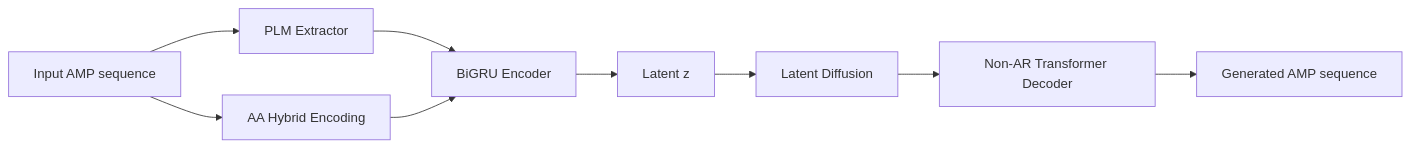
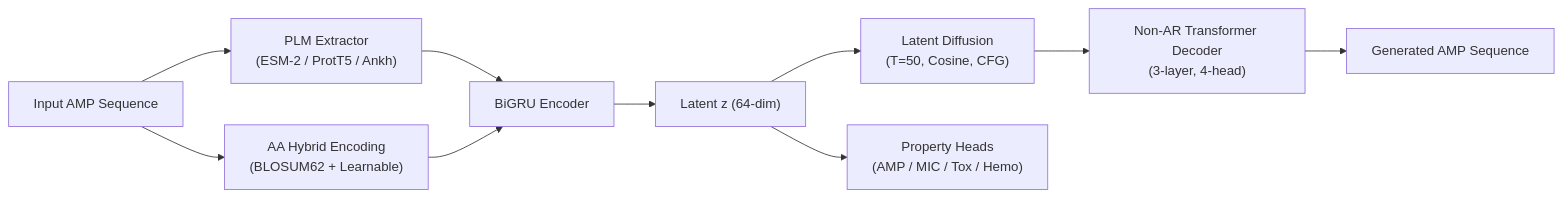
One commit to unumbrela/AMP-Forge changed the diagram in README.md. Above: the diagram before and after it, drawn with Mermaid. The commit also changed other lines of this file and 2 other files, not shown here.

````diff
--- a/README.md
+++ b/README.md
@@ -41,11 +35,12 @@
 ```mermaid
 flowchart LR
-    A[Input AMP sequence] --> B[PLM Extractor]
-    A --> C[AA Hybrid Encoding]
+    A[Input AMP Sequence] --> B["PLM Extractor\n(ESM-2 / ProtT5 / Ankh)"]
+    A --> C["AA Hybrid Encoding\n(BLOSUM62 + Learnable)"]
     B --> D[BiGRU Encoder]
     C --> D
-    D --> E[Latent z]
-    E --> F[Latent Diffusion]
-    F --> G[Non-AR Transformer Decoder]
-    G --> H[Generated AMP sequence]
+    D --> E["Latent z (64-dim)"]
+    E --> F["Latent Diffusion\n(T=50, Cosine, CFG)"]
+    E --> P["Property Heads\n(AMP / MIC / Tox / Hemo)"]
+    F --> G["Non-AR Transformer Decoder\n(3-layer, 4-head)"]
+    G --> H[Generated AMP Sequence]
 ```
````
